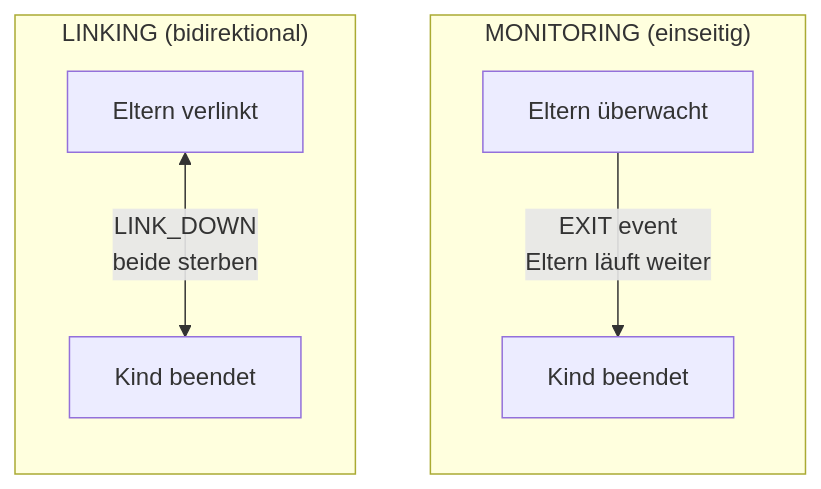
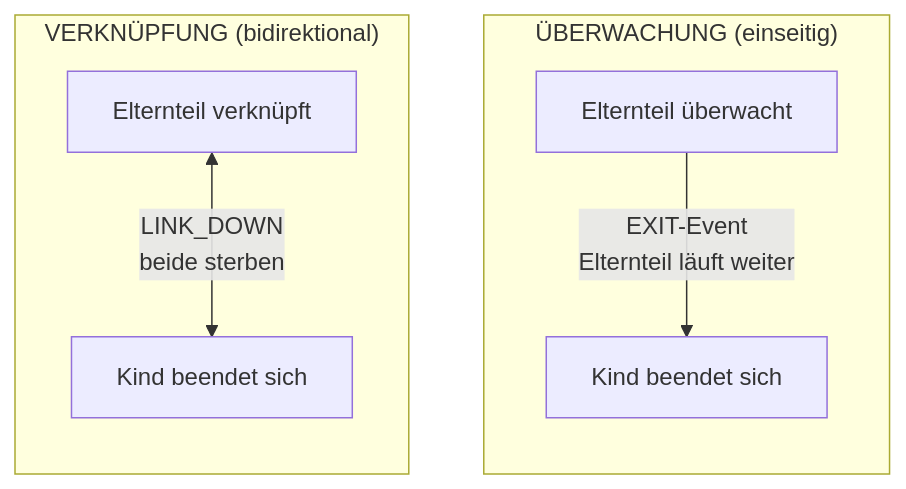
Before and after one commit to wippyai/docs: the diagram in de/tutorials/supervision.md, drawn with Mermaid. The commit also changed other lines of this file and 79 other files, not shown here.

````diff
--- a/de/tutorials/supervision.md
+++ b/de/tutorials/supervision.md
@@ -17,12 +17,12 @@
 ```mermaid
 flowchart TB
-    subgraph Monitoring["MONITORING (einseitig)"]
+    subgraph Monitoring["ÜBERWACHUNG (einseitig)"]
         direction TB
-        P1[Eltern überwacht] -->|EXIT event<br/>Eltern läuft weiter| C1[Kind beendet]
+        P1[Elternteil überwacht] -->|EXIT-Event<br/>Elternteil läuft weiter| C1[Kind beendet sich]
     end
 
-    subgraph Linking["LINKING (bidirektional)"]
+    subgraph Linking["VERKNÜPFUNG (bidirektional)"]
         direction TB
-        P2[Eltern verlinkt] <-->|LINK_DOWN<br/>beide sterben| C2[Kind beendet]
+        P2[Elternteil verknüpft] <-->|LINK_DOWN<br/>beide sterben| C2[Kind beendet sich]
     end
 ```
````
